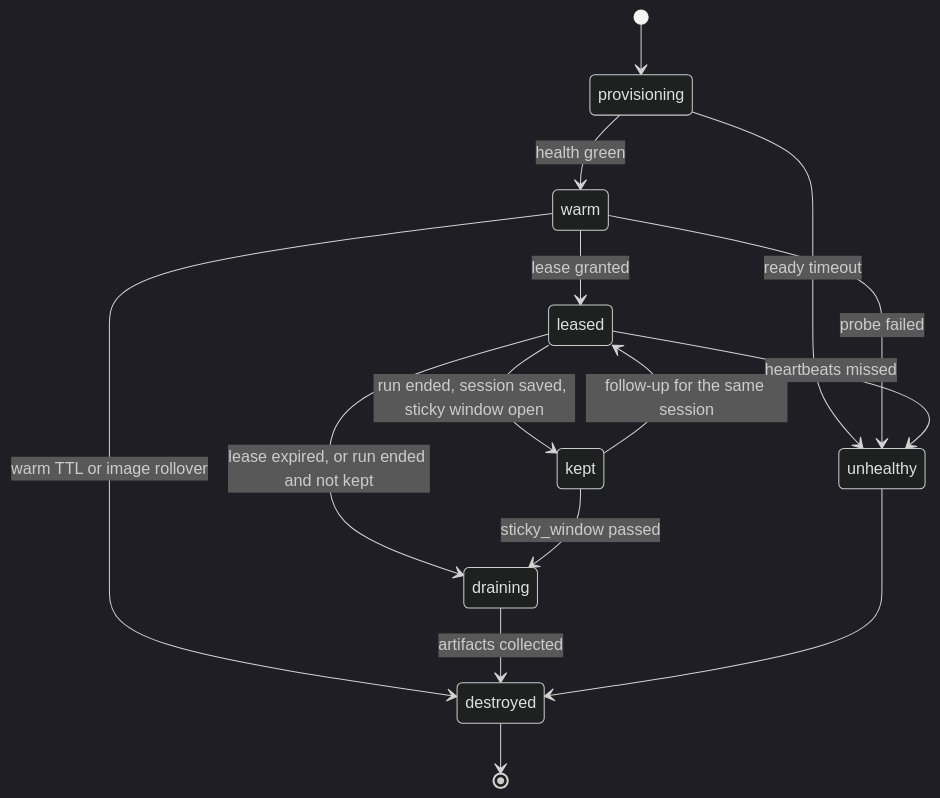
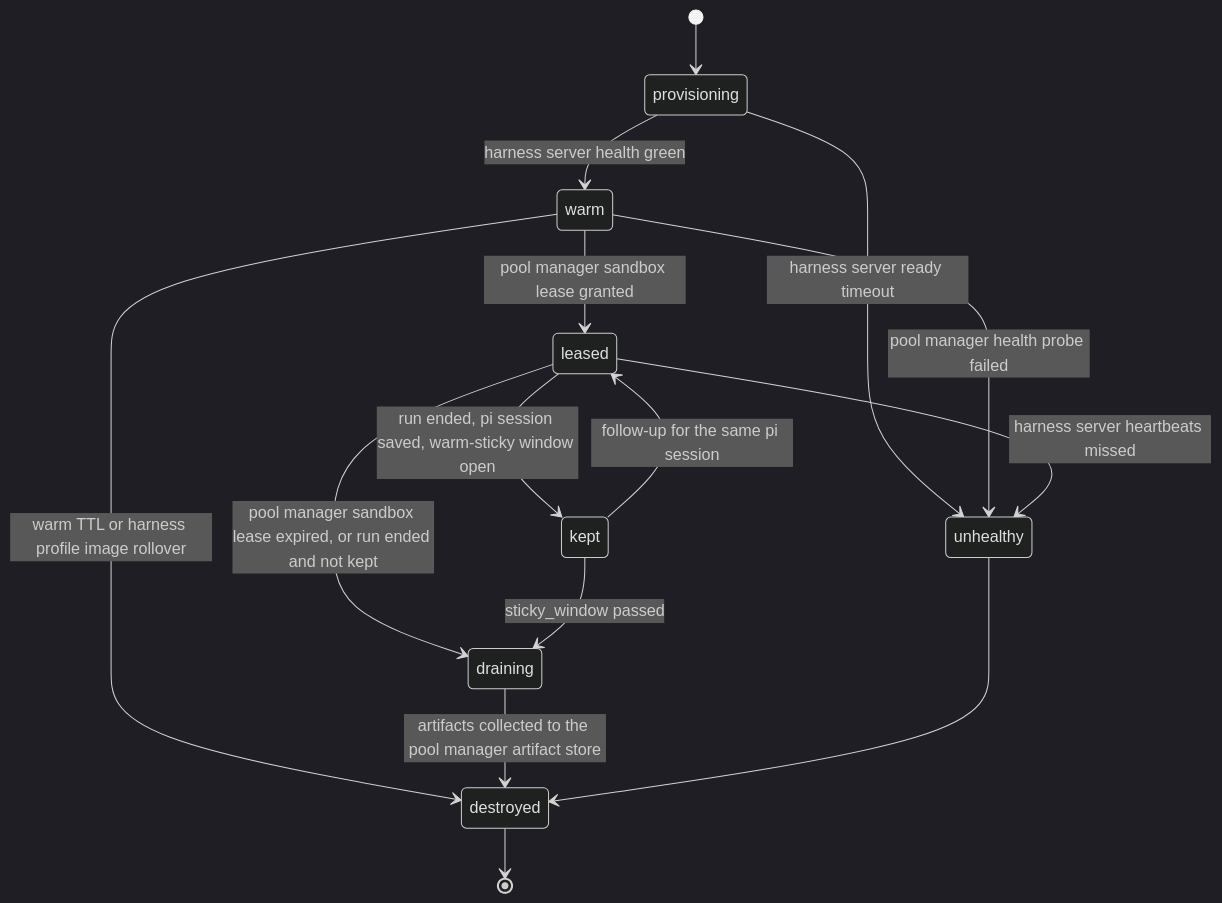
One commit to davecthomas/meta-harness changed diagram 11 of 12 in docs/technical-design.md. Above: the diagram before and after it, drawn with Mermaid (dark theme). The commit also changed other lines of this file, not shown here.

First line of the commit message:
docs/technical-design: run loop in the RunTask workflow, component labels, slop pass (#11)

````diff
--- a/docs/technical-design.md
+++ b/docs/technical-design.md
@@ -1227,17 +1419,17 @@
 ```mermaid
 stateDiagram-v2
     [*] --> provisioning
-    provisioning --> warm: health green
-    provisioning --> unhealthy: ready timeout
-    warm --> leased: lease granted
-    warm --> unhealthy: probe failed
-    warm --> destroyed: warm TTL or image rollover
-    leased --> kept: run ended, session saved, sticky window open
-    leased --> draining: lease expired, or run ended and not kept
-    kept --> leased: follow-up for the same session
+    provisioning --> warm: harness server health green
+    provisioning --> unhealthy: harness server ready timeout
+    warm --> leased: pool manager sandbox lease granted
+    warm --> unhealthy: pool manager health probe failed
+    warm --> destroyed: warm TTL or harness profile image rollover
+    leased --> kept: run ended, pi session saved, warm-sticky window open
+    leased --> draining: pool manager sandbox lease expired, or run ended and not kept
+    kept --> leased: follow-up for the same pi session
     kept --> draining: sticky_window passed
-    leased --> unhealthy: heartbeats missed
-    draining --> destroyed: artifacts collected
+    leased --> unhealthy: harness server heartbeats missed
+    draining --> destroyed: artifacts collected to the pool manager artifact store
     unhealthy --> destroyed
     destroyed --> [*]
 ```
````
